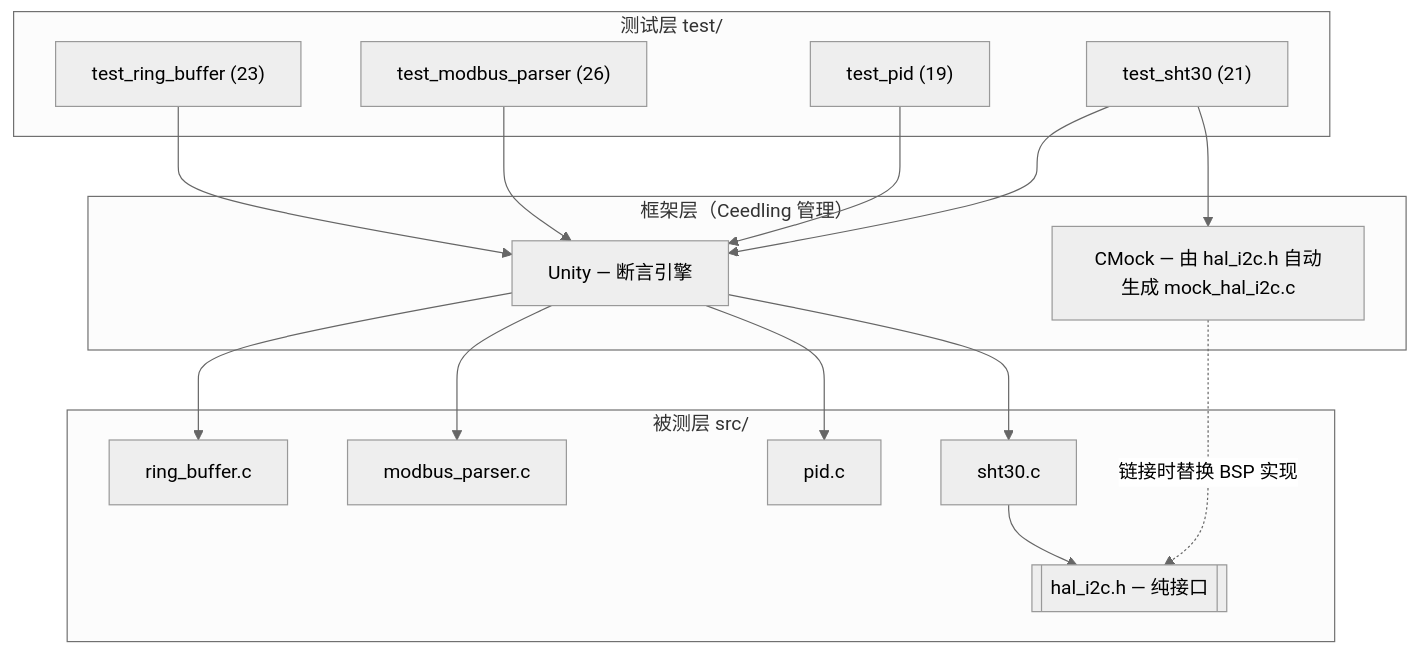
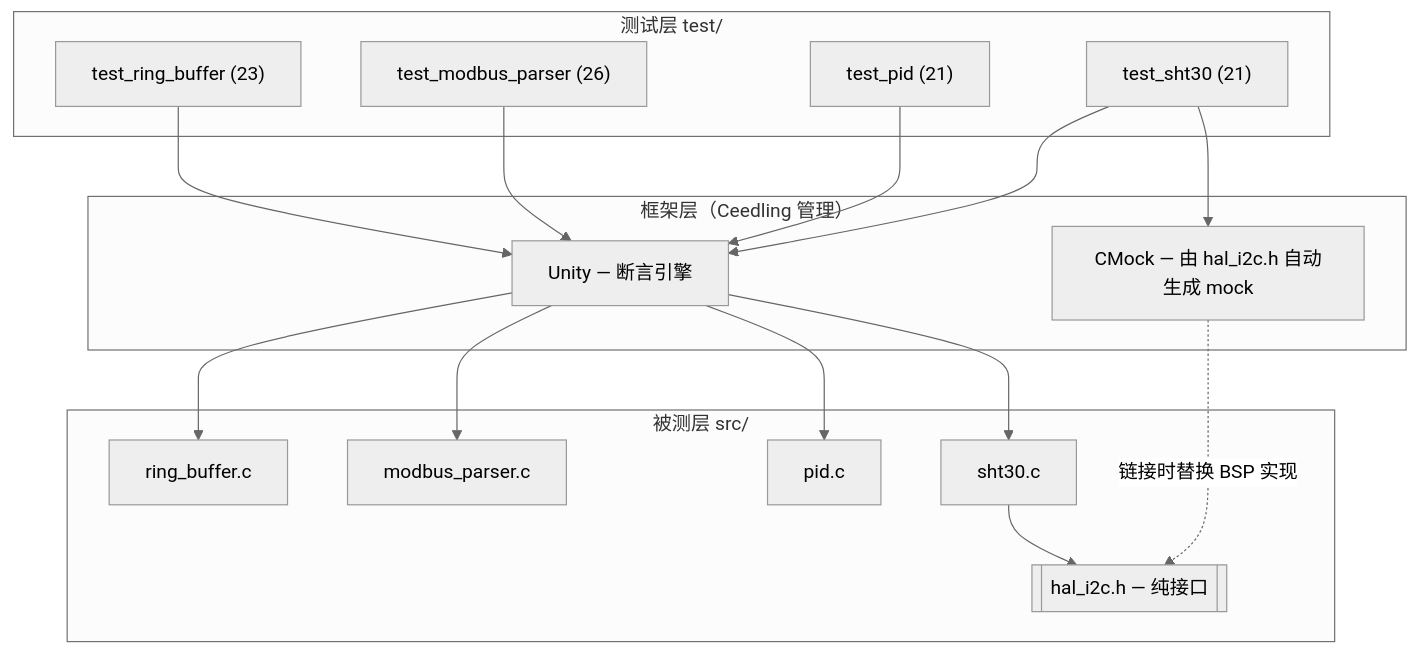
The diagram in README.md (orange0731/embedded-c-test), drawn with Mermaid (neutral theme) before and after one commit. The commit also changed other lines of this file and 13 other files, not shown here.

````diff
--- a/README.md
+++ b/README.md
@@ -29,27 +34,27 @@
 ```mermaid
 flowchart TB
     subgraph TEST["测试层 test/"]
         T1["test_ring_buffer (23)"]
         T2["test_modbus_parser (26)"]
-        T3["test_pid (19)"]
+        T3["test_pid (21)"]
         T4["test_sht30 (21)"]
     end
     subgraph FW["框架层（Ceedling 管理）"]
         U["Unity — 断言引擎"]
-        M["CMock — 由 hal_i2c.h 自动生成 mock_hal_i2c.c"]
+        M["CMock — 由 hal_i2c.h 自动生成 mock"]
     end
     subgraph SRC["被测层 src/"]
         RB["ring_buffer.c"]
         MB["modbus_parser.c"]
         PID["pid.c"]
         SHT["sht30.c"]
         HAL[["hal_i2c.h — 纯接口"]]
     end
     T1 --> U --> RB
     T2 --> U --> MB
     T3 --> U --> PID
     T4 --> U --> SHT
     T4 --> M
     M -. "链接时替换 BSP 实现" .-> HAL
     SHT --> HAL
 ```
````
